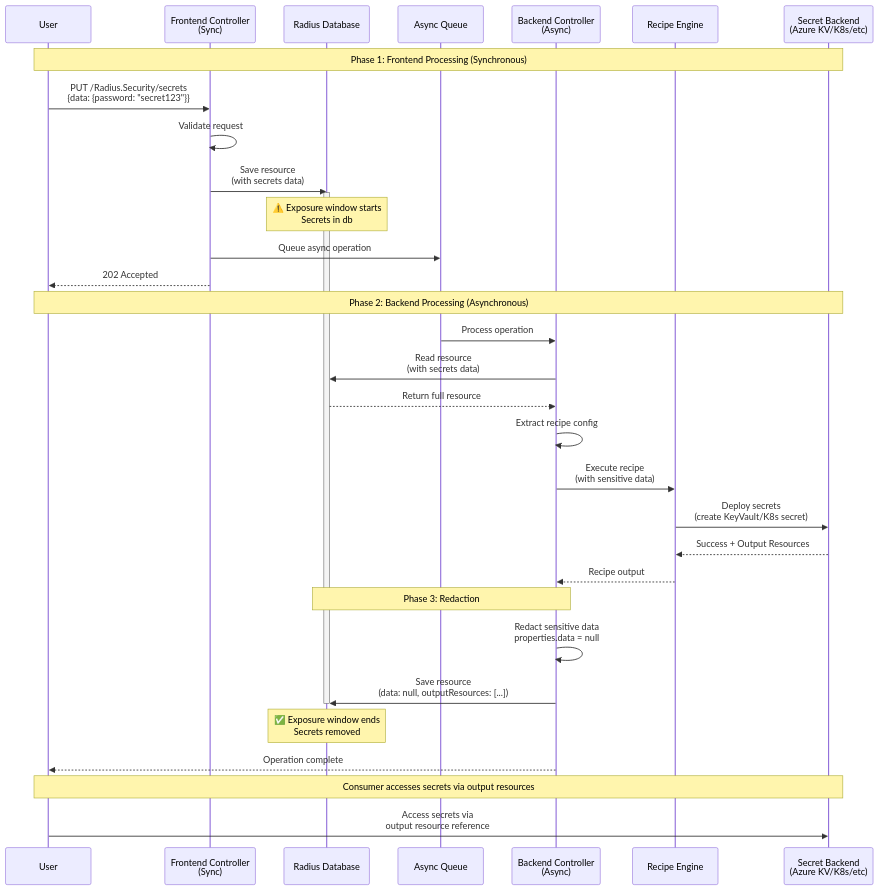
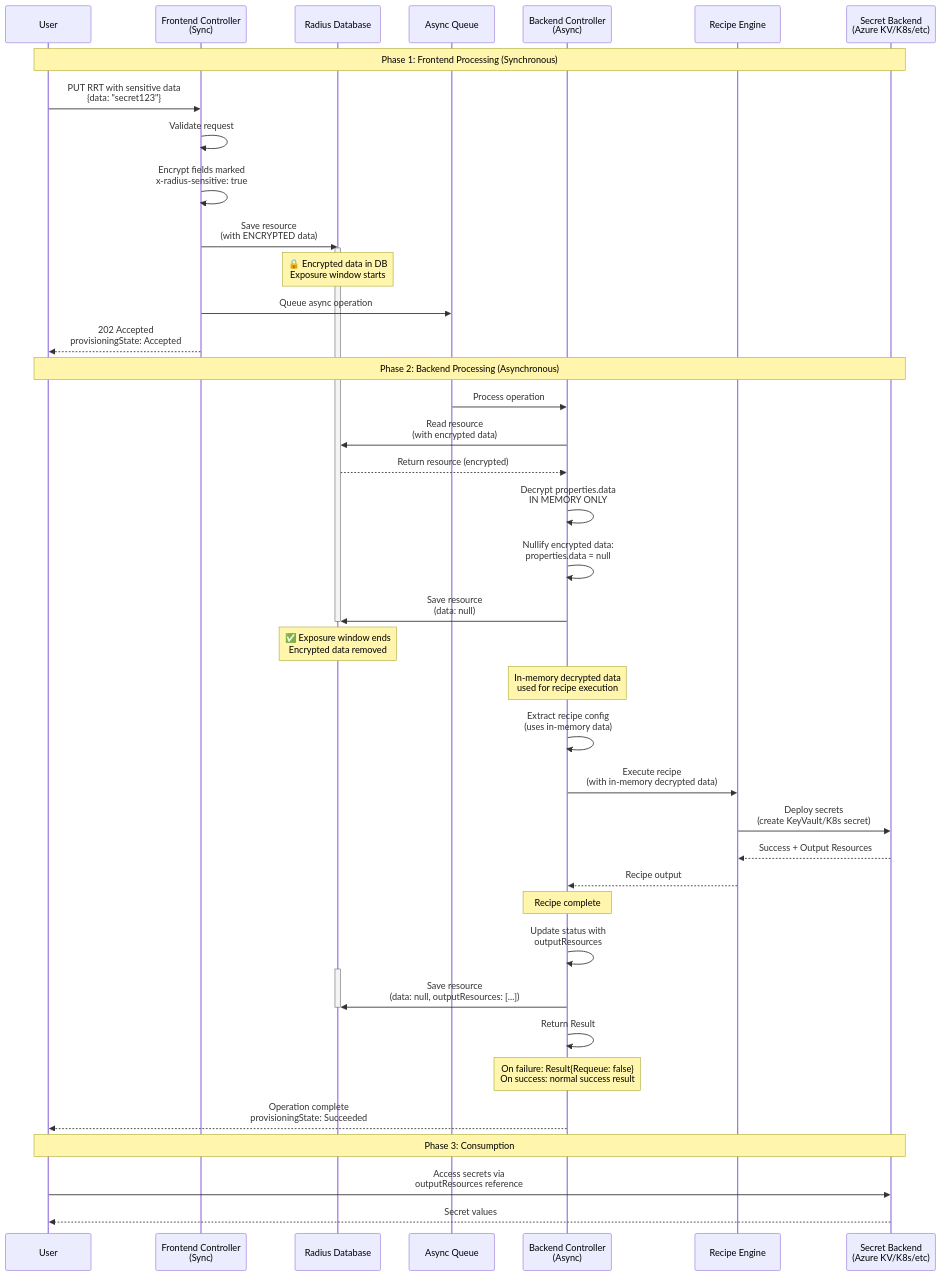
One commit to radius-project/design-notes changed the diagram in resources/2025-11-11-secrets-redactdata.md. Above: the diagram before and after it, drawn with Mermaid. The commit also changed other lines of this file, not shown here.

````diff
--- a/resources/2025-11-11-secrets-redactdata.md
+++ b/resources/2025-11-11-secrets-redactdata.md
@@ -112,39 +151,50 @@
 ```mermaid
 sequenceDiagram
     participant User
     participant Frontend as Frontend Controller<br/>(Sync)
     participant DB as Radius Database
     participant Queue as Async Queue
     participant Backend as Backend Controller<br/>(Async)
     participant Recipe as Recipe Engine
     participant SecretStore as Secret Backend<br/>(Azure KV/K8s/etc)
 
     Note over User,SecretStore: Phase 1: Frontend Processing (Synchronous)
-    User->>Frontend: PUT /Radius.Security/secrets<br/>{data: {password: "secret123"}}
+    User->>Frontend: PUT RRT with sensitive data<br/>{data: "secret123"}
     Frontend->>Frontend: Validate request
-    Frontend->>DB: Save resource<br/>(with secrets data)
+    Frontend->>Frontend: Encrypt fields marked<br/>x-radius-sensitive: true
+    Frontend->>DB: Save resource<br/>(with ENCRYPTED data)
     activate DB
-    Note over DB: ⚠️ Exposure window starts<br/>Secrets in db
+    Note over DB: 🔒 Encrypted data in DB<br/>Exposure window starts
     Frontend->>Queue: Queue async operation
-    Frontend-->>User: 202 Accepted
+    Frontend-->>User: 202 Accepted<br/>provisioningState: Accepted
 
     Note over User,SecretStore: Phase 2: Backend Processing (Asynchronous)
     Queue->>Backend: Process operation
-    Backend->>DB: Read resource<br/>(with secrets data)
-    DB-->>Backend: Return full resource
-    Backend->>Backend: Extract recipe config
-    Backend->>Recipe: Execute recipe<br/>(with sensitive data)
+    Backend->>DB: Read resource<br/>(with encrypted data)
+    DB-->>Backend: Return resource (encrypted)
+    Backend->>Backend: Decrypt properties.data<br/>IN MEMORY ONLY
+    Backend->>Backend: Nullify encrypted data:<br/>properties.data = null
+    Backend->>DB: Save resource<br/>(data: null)
+    deactivate DB
+    Note over DB: ✅ Exposure window ends<br/>Encrypted data removed
+    
+    Note over Backend: In-memory decrypted data<br/>used for recipe execution
+    Backend->>Backend: Extract recipe config<br/>(uses in-memory data)
+    Backend->>Recipe: Execute recipe<br/>(with in-memory decrypted data)
     Recipe->>SecretStore: Deploy secrets<br/>(create KeyVault/K8s secret)
     SecretStore-->>Recipe: Success + Output Resources
     Recipe-->>Backend: Recipe output
-
-    Note over Backend,DB: Phase 3: Redaction
-    Backend->>Backend: Redact sensitive data<br/>properties.data = null
+    
+    Note over Backend: Recipe complete
+    Backend->>Backend: Update status with<br/>outputResources
+    activate DB
     Backend->>DB: Save resource<br/>(data: null, outputResources: [...])
     deactivate DB
-    Note over DB: ✅ Exposure window ends<br/>Secrets removed
-    Backend-->>User: Operation complete
+    Backend->>Backend: Return Result
+    Note over Backend: On failure: Result{Requeue: false}<br/>On success: normal success result
+    Backend-->>User: Operation complete<br/>provisioningState: Succeeded
 
-    Note over User,SecretStore: Consumer accesses secrets via output resources
-    User->>SecretStore: Access secrets via<br/>output resource reference
+    Note over User,SecretStore: Phase 3: Consumption
+    User->>SecretStore: Access secrets via<br/>outputResources reference
+    SecretStore-->>User: Secret values
 ```
````
